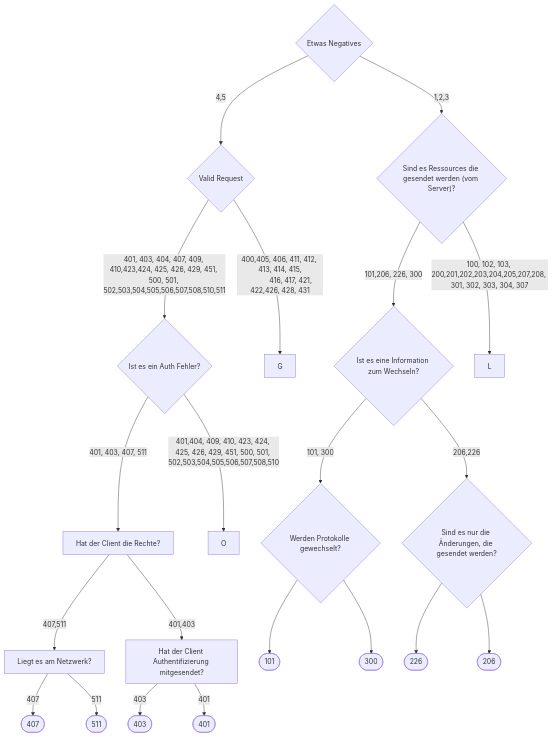
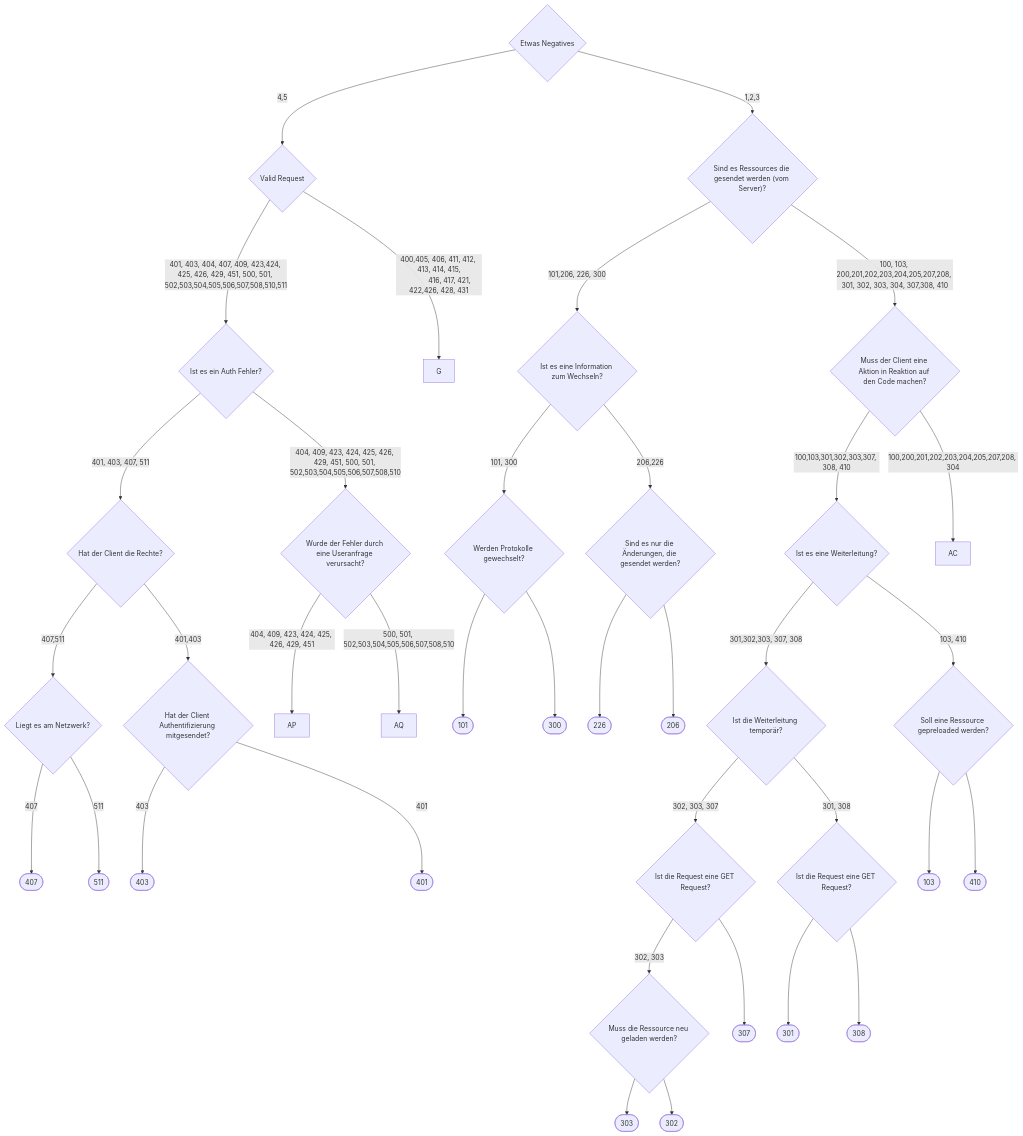
The diagram in questions.md (Nino678190/http-status-desision), drawn with Mermaid before and after one commit.

Commit message:
Verbessere das Fragen-Diagramm im Mermaid-Format durch Hinzufügen von Klarheit und Struktur

````diff
--- a/questions.md
+++ b/questions.md
@@ -2,25 +2,40 @@
 ```mermaid
 flowchart TD
       A{Etwas Negatives} -->|4,5| B{Valid Request}
       A -->|1,2,3| D{"Sind es Ressources die gesendet werden (vom Server)?"}
-      B -->|401, 403, 404, 407, 409, 410,423,424, 425, 426, 429, 451, 500, 501, 502,503,504,505,506,507,508,510,511| E{Ist es ein Auth Fehler?}
+      B -->|401, 403, 404, 407, 409, 423,424, 425, 426, 429, 451, 500, 501, 502,503,504,505,506,507,508,510,511| E{Ist es ein Auth Fehler?}
       B -->|400,405, 406, 411, 412, 413, 414, 415,
             416, 417, 421, 422,426, 428, 431| G
       D -->|101,206, 226, 300| N{Ist es eine Information zum Wechseln?}
-      D -->|100, 102, 103, 200,201,202,203,204,205,207,208, 301, 302, 303, 304, 307| L
-      E -->|401, 403, 407, 511| M[Hat der Client die Rechte?]
-      E -->|401,404, 409, 410, 423, 424, 425, 426, 429, 451, 500, 501, 502,503,504,505,506,507,508,510| O
+      D -->|100, 103, 200,201,202,203,204,205,207,208, 301, 302, 303, 304, 307,308, 410| L{Muss der Client eine Aktion in Reaktion auf den Code machen?}
+      E -->|401, 403, 407, 511| M{Hat der Client die Rechte?}
+      E -->|404, 409, 423, 424, 425, 426, 429, 451, 500, 501, 502,503,504,505,506,507,508,510| O{Wurde der Fehler durch eine Useranfrage verursacht?}
       N -->|101, 300| P{Werden Protokolle gewechselt?}
       N -->|206,226| Q{Sind es nur die Änderungen, die gesendet werden?}
       Q --> R([226])
       Q --> S([206])
       P --> T([101])
       P --> U([300])
-      M -->|407,511| W[Liegt es am Netzwerk?]
-      M -->|401,403| V[Hat der Client Authentifizierung mitgesendet?]
+      M -->|407,511| W{Liegt es am Netzwerk?}
+      M -->|401,403| V{Hat der Client Authentifizierung mitgesendet?}
       W -->|407| X([407])
       W -->|511| Y([511])
       V -->|403| Z([403])
       V -->|401| AA([401])
-
+      L -->|100,103,301,302,303,307, 308, 410| AB{Ist es eine Weiterleitung?}
+      L -->|100,200,201,202,203,204,205,207,208, 304| AC
+      AB -->|301,302,303, 307, 308| AD{Ist die Weiterleitung temporär?}
+      AB -->|103, 410| AR{Soll eine Ressource gepreloaded werden?}
+      AD -->|302, 303, 307| AE{Ist die Request eine GET Request?}
+      AD -->|301, 308| AF{Ist die Request eine GET Request?}
+      AF -->AG([301])
+      AF --> AH([308])
+      AR --> AI([103])
+      AR --> AJ([410])
+      AE -->|302, 303| AK{Muss die Ressource neu geladen werden?}
+      AE -->AL([307])
+      AK --> AM([303])
+      AK --> AN([302])
+      O -->|404, 409, 423, 424, 425, 426, 429, 451| AP
+      O -->|500, 501, 502,503,504,505,506,507,508,510| AQ
 ```
````
